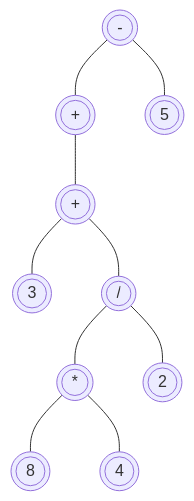
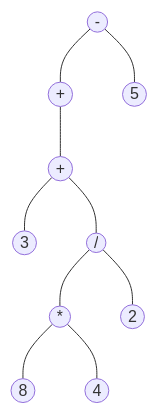
Before and after one commit to haytham2597/SSL: the diagram in 02-Automatas/README.md, drawn with Mermaid.

````diff
--- a/02-Automatas/README.md
+++ b/02-Automatas/README.md
@@ -170,12 +170,12 @@
 ```mermaid
 flowchart TD
-    	A((("-"))) --- B((("+")));
-	A --- C(((5)));
-	B --- D((("+")));
-	D --- E(((3)));
-	D --- F((("/")));
-	F --- G((("*")));
-	F --- H(((2)));
-    	G --- I(((8)));
-    	G --- J(((4)));
+    	A(("-")) --- B(("+"));
+	A --- C((5));
+	B --- D(("+"));
+	D --- E((3));
+	D --- F(("/"));
+	F --- G(("*"));
+	F --- H((2));
+    	G --- I((8));
+    	G --- J((4));
 ```
````
